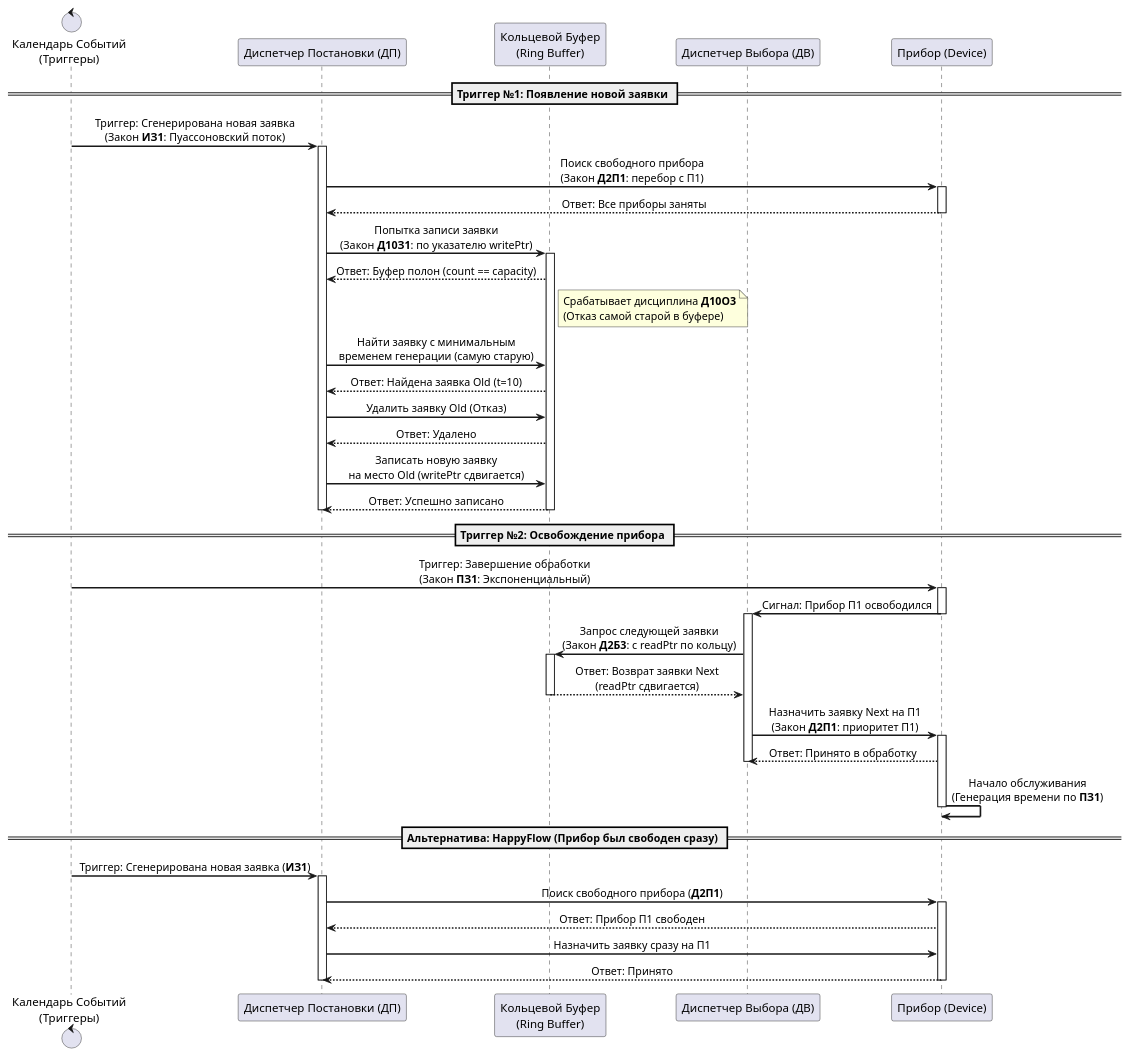
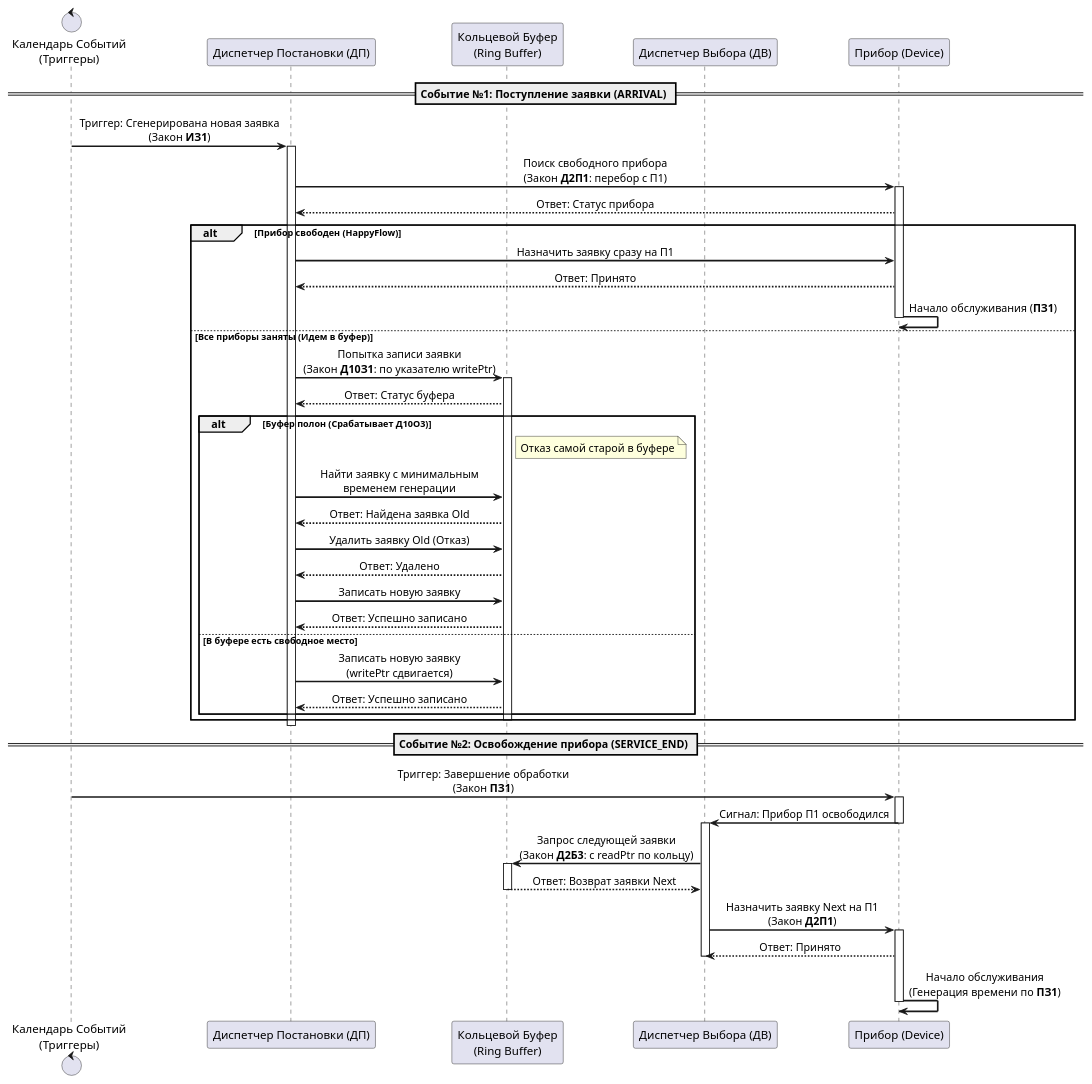
The diagram in task_2_plantuml/sequence_diagramm.puml (ControlShiftEscape/program_systems_architecture), drawn with PlantUML before and after one commit. The commit also changed 2 other files, not shown here.

Commit message:
class diagramm

```diff
--- a/task_2_plantuml/sequence_diagramm.puml
+++ b/task_2_plantuml/sequence_diagramm.puml
@@ -1,72 +1,72 @@
 @startuml
 skinparam sequenceMessageAlign center
 skinparam responseMessageBelowArrow true
 skinparam sequenceArrowThickness 2
 
 control "Календарь Событий\n(Триггеры)" as Engine
 participant "Диспетчер Постановки (ДП)" as DP
 participant "Кольцевой Буфер\n(Ring Buffer)" as Buffer
 participant "Диспетчер Выбора (ДВ)" as DV
 participant "Прибор (Device)" as Device
 
-== Триггер №1: Появление новой заявки ==
-Engine -> DP: Триггер: Сгенерирована новая заявка\n(Закон **ИЗ1**: Пуассоновский поток)
+== Событие №1: Поступление заявки (ARRIVAL) ==
+Engine -> DP: Триггер: Сгенерирована новая заявка\n(Закон **ИЗ1**)
 activate DP
 
 DP -> Device: Поиск свободного прибора\n(Закон **Д2П1**: перебор с П1)
 activate Device
-Device --> DP: Ответ: Все приборы заняты
-deactivate Device
+Device --> DP: Ответ: Статус прибора
 
-DP -> Buffer: Попытка записи заявки\n(Закон **Д10З1**: по указателю writePtr)
-activate Buffer
-Buffer --> DP: Ответ: Буфер полон (count == capacity)
-
-note right of Buffer
-  Срабатывает дисциплина **Д10О3**
-  (Отказ самой старой в буфере)
-end note
-
-DP -> Buffer: Найти заявку с минимальным\nвременем генерации (самую старую)
-Buffer --> DP: Ответ: Найдена заявка Old (t=10)
-
-DP -> Buffer: Удалить заявку Old (Отказ)
-Buffer --> DP: Ответ: Удалено
-
-DP -> Buffer: Записать новую заявку\nна место Old (writePtr сдвигается)
-Buffer --> DP: Ответ: Успешно записано
-deactivate Buffer
+alt Прибор свободен (HappyFlow)
+    DP -> Device: Назначить заявку сразу на П1
+    Device --> DP: Ответ: Принято
+    Device -> Device: Начало обслуживания (**ПЗ1**)
+    deactivate Device
+    
+else Все приборы заняты (Идем в буфер)
+    deactivate Device
+    
+    DP -> Buffer: Попытка записи заявки\n(Закон **Д10З1**: по указателю writePtr)
+    activate Buffer
+    Buffer --> DP: Ответ: Статус буфера
+    
+    alt Буфер полон (Срабатывает **Д10О3**)
+        note right of Buffer
+          Отказ самой старой в буфере
+        end note
+        DP -> Buffer: Найти заявку с минимальным\nвременем генерации
+        Buffer --> DP: Ответ: Найдена заявка Old
+        DP -> Buffer: Удалить заявку Old (Отказ)
+        Buffer --> DP: Ответ: Удалено
+        DP -> Buffer: Записать новую заявку
+        Buffer --> DP: Ответ: Успешно записано
+        
+    else В буфере есть свободное место
+        DP -> Buffer: Записать новую заявку\n(writePtr сдвигается)
+        Buffer --> DP: Ответ: Успешно записано
+    end
+    deactivate Buffer
+end
 deactivate DP
 
-== Триггер №2: Освобождение прибора ==
-Engine -> Device: Триггер: Завершение обработки\n(Закон **ПЗ1**: Экспоненциальный)
+== Событие №2: Освобождение прибора (SERVICE_END) ==
+Engine -> Device: Триггер: Завершение обработки\n(Закон **ПЗ1**)
 activate Device
 Device -> DV: Сигнал: Прибор П1 освободился
 deactivate Device
 
 activate DV
 DV -> Buffer: Запрос следующей заявки\n(Закон **Д2Б3**: с readPtr по кольцу)
 activate Buffer
-Buffer --> DV: Ответ: Возврат заявки Next\n(readPtr сдвигается)
+Buffer --> DV: Ответ: Возврат заявки Next
 deactivate Buffer
 
-DV -> Device: Назначить заявку Next на П1\n(Закон **Д2П1**: приоритет П1)
+DV -> Device: Назначить заявку Next на П1\n(Закон **Д2П1**)
 activate Device
-Device --> DV: Ответ: Принято в обработку
+Device --> DV: Ответ: Принято
 deactivate DV
 
 Device -> Device: Начало обслуживания\n(Генерация времени по **ПЗ1**)
 deactivate Device
 
-== Альтернатива: HappyFlow (Прибор был свободен сразу) ==
-Engine -> DP: Триггер: Сгенерирована новая заявка (**ИЗ1**)
-activate DP
-DP -> Device: Поиск свободного прибора (**Д2П1**)
-activate Device
-Device --> DP: Ответ: Прибор П1 свободен
-DP -> Device: Назначить заявку сразу на П1
-Device --> DP: Ответ: Принято
-deactivate DP
-deactivate Device
-
 @enduml
```
